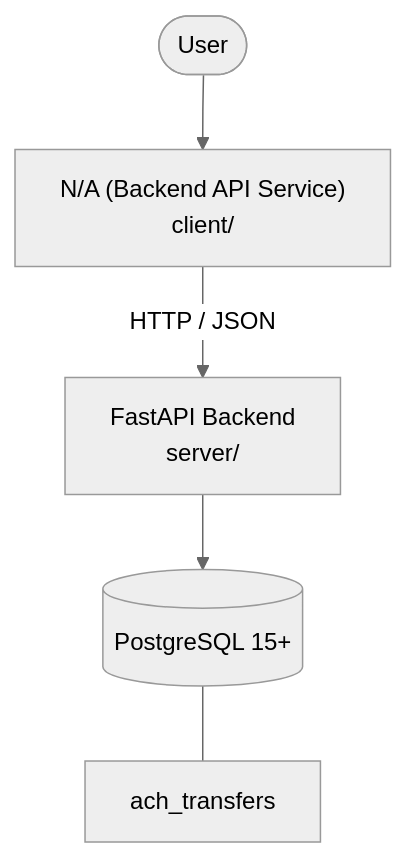
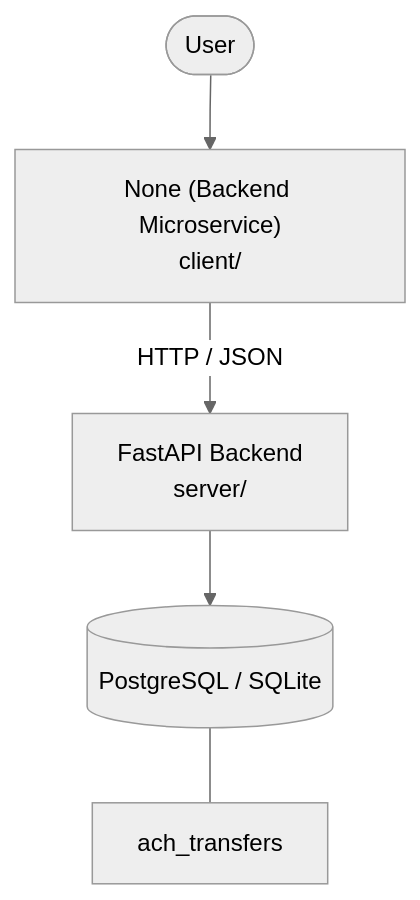
One commit to visheshnagar-demo/SDLC changed the diagram in architecture.md. Above: the diagram before and after it, drawn with Mermaid (neutral theme). The commit also changed other lines of this file and 5 other files, not shown here.

````diff
--- a/architecture.md
+++ b/architecture.md
@@ -6,11 +6,11 @@
 ```mermaid
 graph TD
   User([User])
-  UI["N/A (Backend API Service)<br/>client/"]
+  UI["None (Backend Microservice)<br/>client/"]
   API["FastAPI Backend<br/>server/"]
-  DB[("PostgreSQL 15+")]
+  DB[("PostgreSQL / SQLite")]
   User --> UI
   UI -->|HTTP / JSON| API
   API --> DB
   DB --- tbl_ach_transfers["ach_transfers"]
 ```
````
